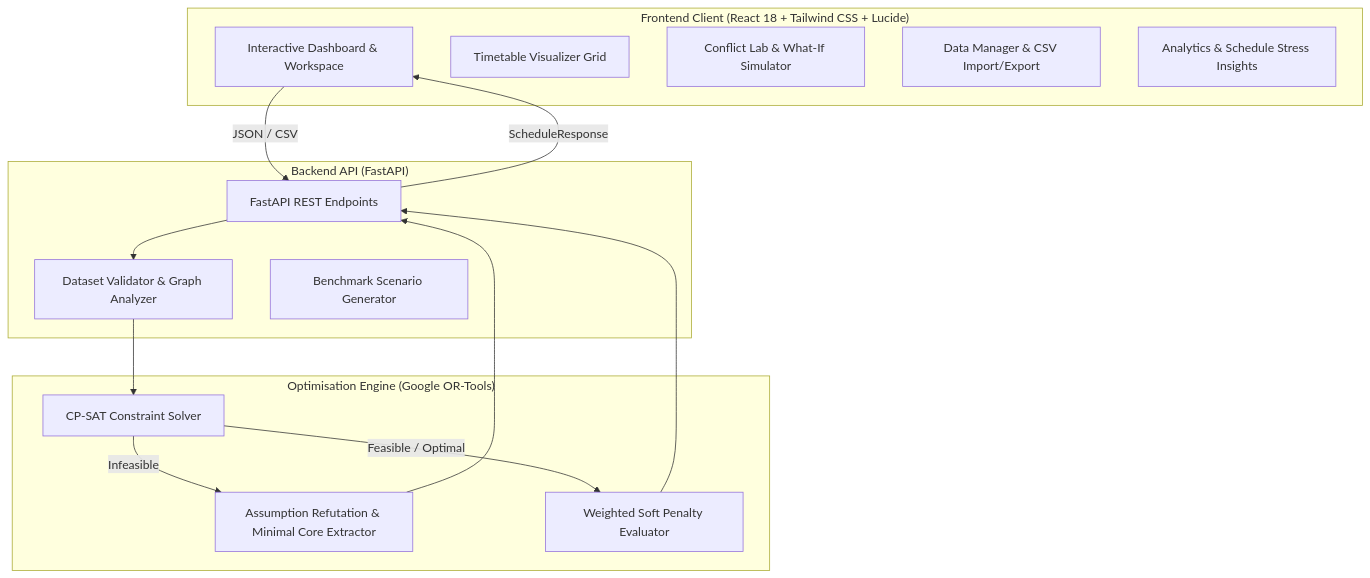
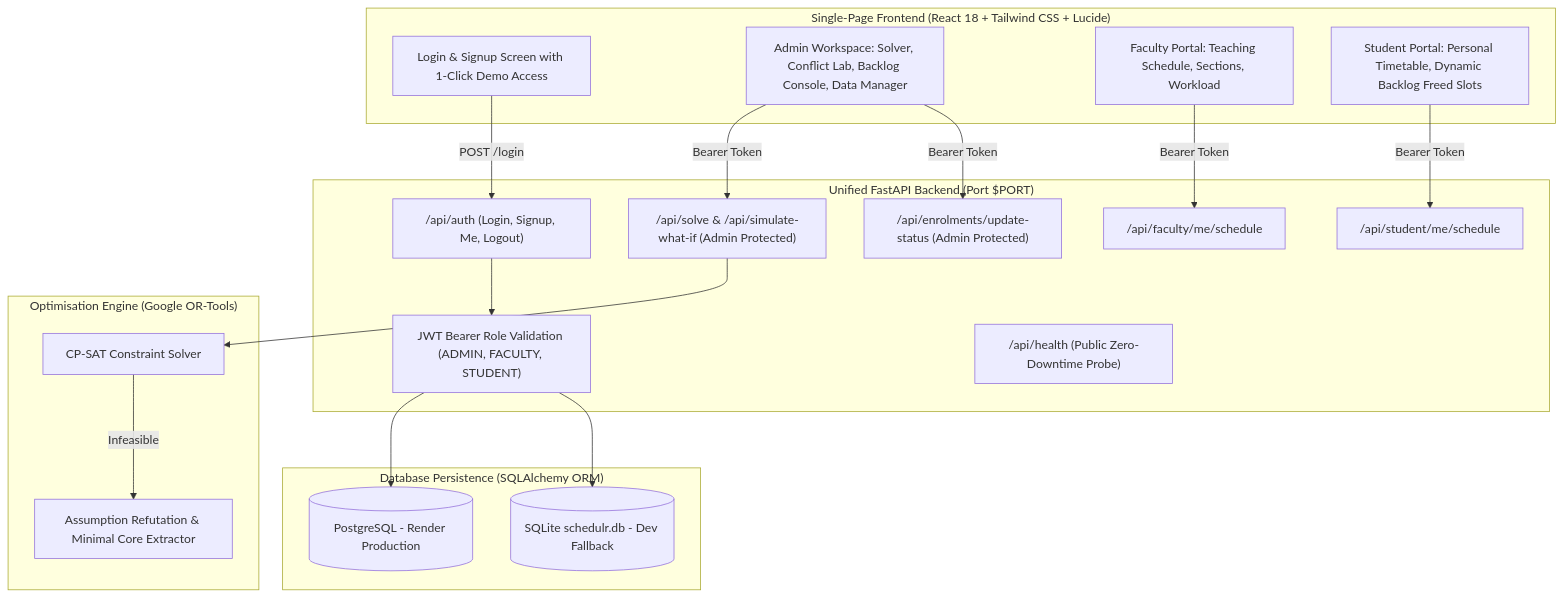
One commit to punarbh/schedulr changed the diagram in README.md. Above: the diagram before and after it, drawn with Mermaid. The commit also changed other lines of this file and 7 other files, not shown here.

Commit message:
Add backend authentication and role-based login

````diff
--- a/README.md
+++ b/README.md
@@ -54,31 +65,40 @@
 ```mermaid
 flowchart TD
-    subgraph Frontend["Frontend Client (React 18 + Tailwind CSS + Lucide)"]
-        UI[Interactive Dashboard & Workspace]
-        TG[Timetable Visualizer Grid]
-        CL[Conflict Lab & What-If Simulator]
-        DM[Data Manager & CSV Import/Export]
-        IN[Analytics & Schedule Stress Insights]
+    subgraph Frontend["Single-Page Frontend (React 18 + Tailwind CSS + Lucide)"]
+        AUTH[Login & Signup Screen with 1-Click Demo Access]
+        ADM[Admin Workspace: Solver, Conflict Lab, Backlog Console, Data Manager]
+        FAC[Faculty Portal: Teaching Schedule, Sections, Workload]
+        STU[Student Portal: Personal Timetable, Dynamic Backlog Freed Slots]
     end
 
-    subgraph Backend["Backend API (FastAPI)"]
-        API[FastAPI REST Endpoints]
-        VAL[Dataset Validator & Graph Analyzer]
-        SAMPLE[Benchmark Scenario Generator]
+    subgraph Backend["Unified FastAPI Backend (Port $PORT)"]
+        AUTH_API["/api/auth (Login, Signup, Me, Logout)"]
+        RBAC["JWT Bearer Role Validation (ADMIN, FACULTY, STUDENT)"]
+        FAC_API["/api/faculty/me/schedule"]
+        STU_API["/api/student/me/schedule"]
+        SOLVE_API["/api/solve & /api/simulate-what-if (Admin Protected)"]
+        BACKLOG_API["/api/enrolments/update-status (Admin Protected)"]
+        HEALTH["/api/health (Public Zero-Downtime Probe)"]
+    end
+
+    subgraph Database["Database Persistence (SQLAlchemy ORM)"]
+        PG[(PostgreSQL - Render Production)]
+        SQLITE[(SQLite schedulr.db - Dev Fallback)]
     end
 
     subgraph Engine["Optimisation Engine (Google OR-Tools)"]
         CPSAT[CP-SAT Constraint Solver]
         CORE[Assumption Refutation & Minimal Core Extractor]
-        SOFT[Weighted Soft Penalty Evaluator]
     end
 
-    UI -->|JSON / CSV| API
-    API --> VAL
-    VAL --> CPSAT
-    CPSAT -->|Feasible / Optimal| SOFT
+    AUTH -->|POST /login| AUTH_API
+    AUTH_API --> RBAC
+    RBAC --> PG
+    RBAC --> SQLITE
+    ADM -->|Bearer Token| SOLVE_API
+    ADM -->|Bearer Token| BACKLOG_API
+    FAC -->|Bearer Token| FAC_API
+    STU -->|Bearer Token| STU_API
+    SOLVE_API --> CPSAT
     CPSAT -->|Infeasible| CORE
-    SOFT --> API
-    CORE --> API
-    API -->|ScheduleResponse| UI
 ```
````
